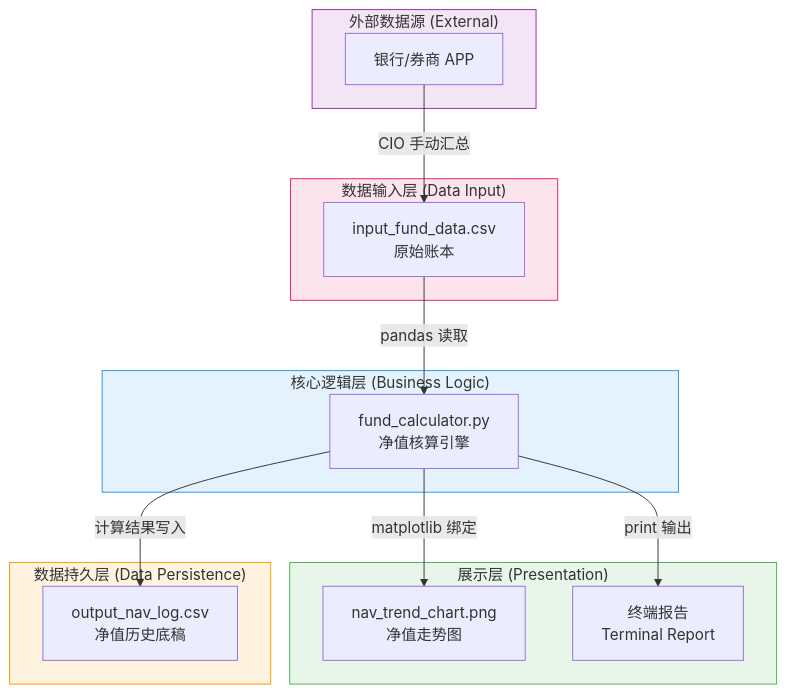
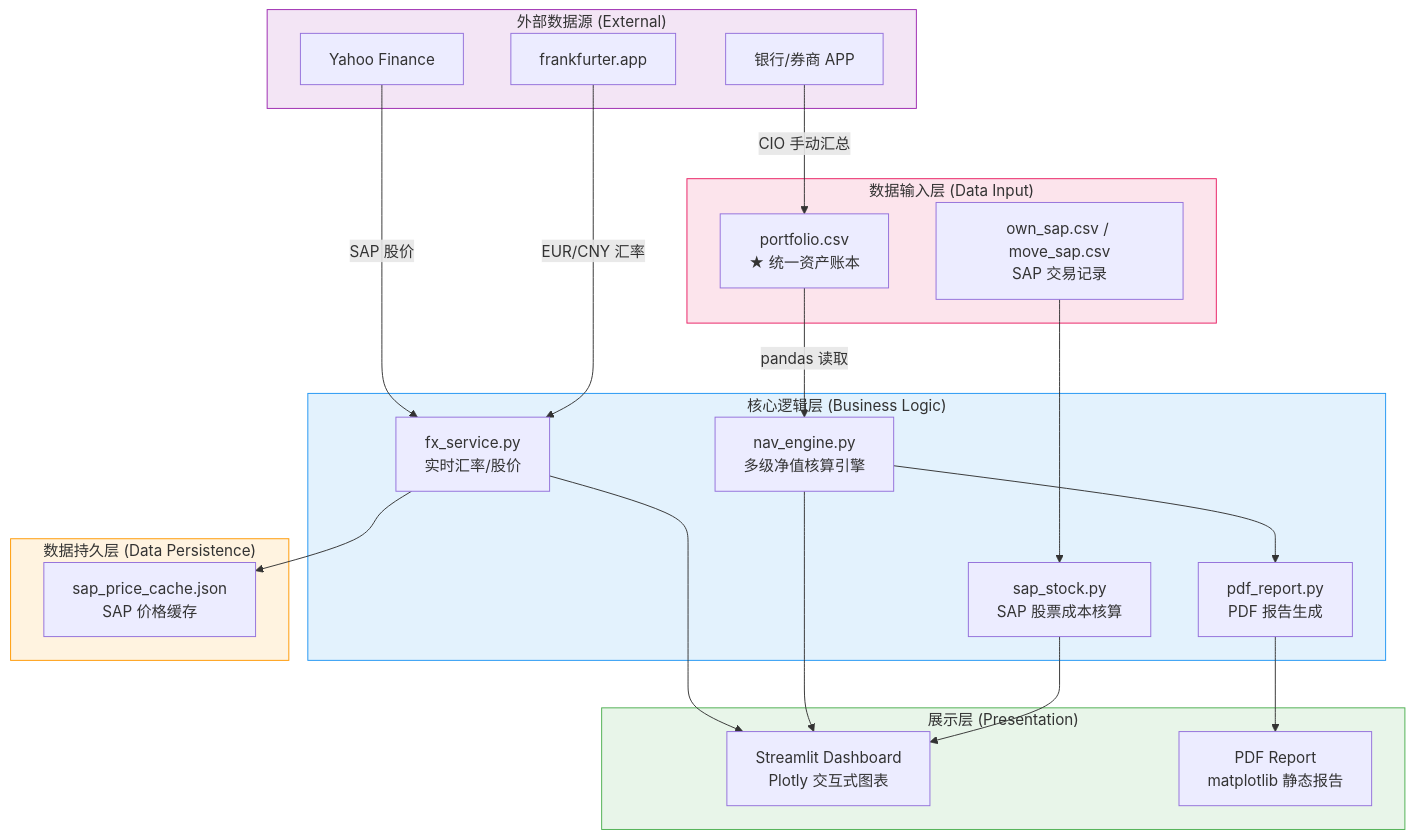
One commit to Haolun123/FamilyFund changed the first of 16 diagrams in ARCHITECTURE_shared.md. Above: the diagram before and after it, drawn with Mermaid. The commit also changed other lines of this file and 5 other files, not shown here.

First line of the commit message:
Add PDF report export, M2 benchmark, update architecture docs

````diff
--- a/ARCHITECTURE_shared.md
+++ b/ARCHITECTURE_shared.md
@@ -67,35 +67,47 @@
 ```mermaid
 graph TB
     subgraph 展示层 ["展示层 (Presentation)"]
-        CHART["nav_trend_chart.png<br/>净值走势图"]
-        TERMINAL["终端报告<br/>Terminal Report"]
+        DASH["Streamlit Dashboard<br/>Plotly 交互式图表"]
+        PDF["PDF Report<br/>matplotlib 静态报告"]
     end
 
     subgraph 核心逻辑层 ["核心逻辑层 (Business Logic)"]
-        CALC["fund_calculator.py<br/>净值核算引擎"]
+        NAV["nav_engine.py<br/>多级净值核算引擎"]
+        SAP["sap_stock.py<br/>SAP 股票成本核算"]
+        FX["fx_service.py<br/>实时汇率/股价"]
+        PDFRPT["pdf_report.py<br/>PDF 报告生成"]
     end
 
     subgraph 数据持久层 ["数据持久层 (Data Persistence)"]
-        OUTPUT_CSV["output_nav_log.csv<br/>净值历史底稿"]
+        CACHE["sap_price_cache.json<br/>SAP 价格缓存"]
     end
 
     subgraph 数据输入层 ["数据输入层 (Data Input)"]
-        INPUT_CSV["input_fund_data.csv<br/>原始账本"]
+        PORT_CSV["portfolio.csv<br/>★ 统一资产账本"]
+        SAP_CSV["own_sap.csv / move_sap.csv<br/>SAP 交易记录"]
     end
 
     subgraph 外部数据源 ["外部数据源 (External)"]
         BANK["银行/券商 APP"]
+        YAHOO["Yahoo Finance"]
+        FRANK["frankfurter.app"]
     end
 
-    BANK -->|"CIO 手动汇总"| INPUT_CSV
-    INPUT_CSV -->|"pandas 读取"| CALC
-    CALC -->|"计算结果写入"| OUTPUT_CSV
-    CALC -->|"matplotlib 绑定"| CHART
-    CALC -->|"print 输出"| TERMINAL
+    BANK -->|"CIO 手动汇总"| PORT_CSV
+    YAHOO -->|"SAP 股价"| FX
+    FRANK -->|"EUR/CNY 汇率"| FX
+    PORT_CSV -->|"pandas 读取"| NAV
+    SAP_CSV --> SAP
+    FX --> DASH
+    NAV --> DASH
+    SAP --> DASH
+    NAV --> PDFRPT
+    PDFRPT --> PDF
+    FX --> CACHE
 
     style 展示层 fill:#e8f5e9,stroke:#4caf50
     style 核心逻辑层 fill:#e3f2fd,stroke:#2196f3
     style 数据持久层 fill:#fff3e0,stroke:#ff9800
     style 数据输入层 fill:#fce4ec,stroke:#e91e63
     style 外部数据源 fill:#f3e5f5,stroke:#9c27b0
 ```
````
